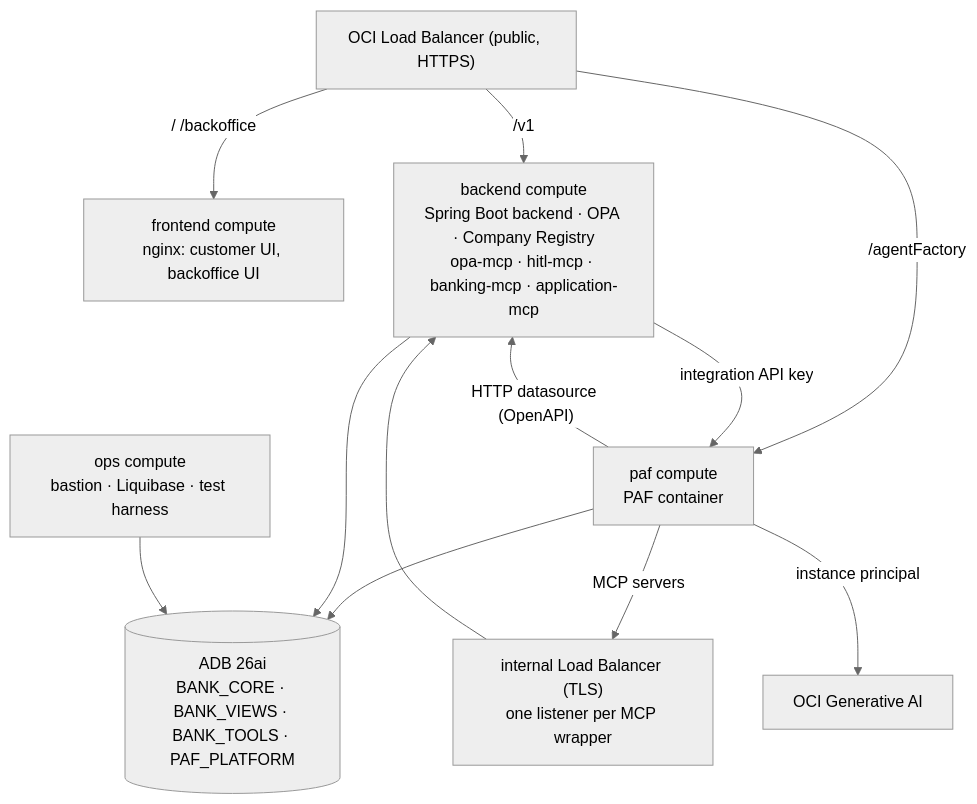
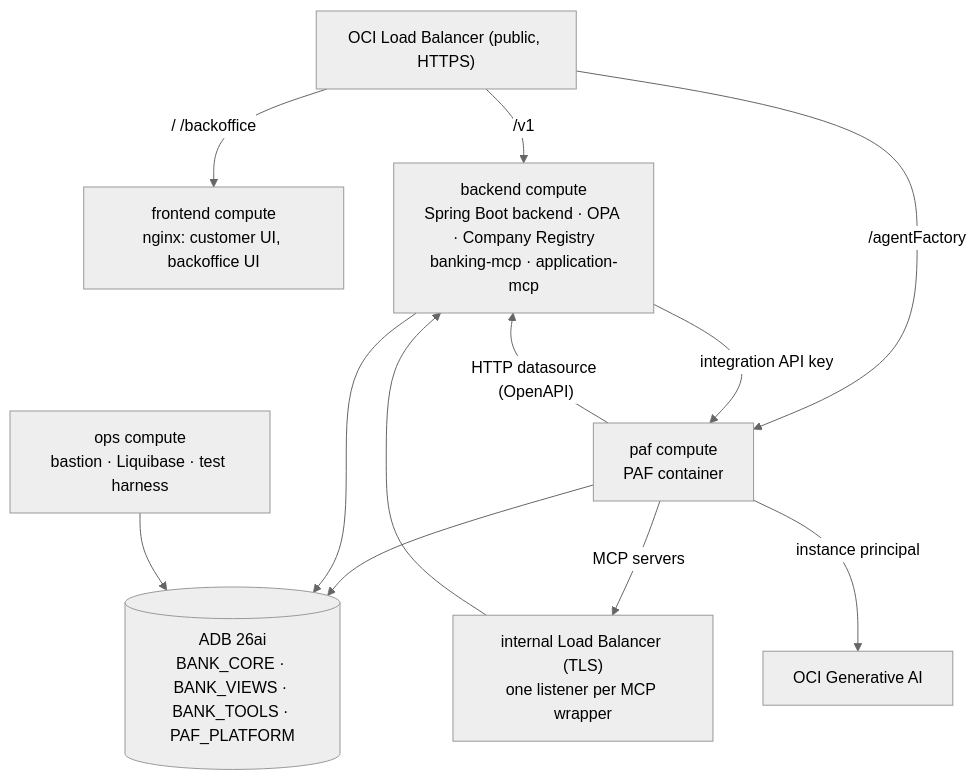
Before and after one commit to vmleon/oracle-database-private-agent-factory-poc: the diagram in docs/DEPLOYMENT.md, drawn with Mermaid (neutral theme). The commit also changed other lines of this file and 21 other files, not shown here.

````diff
--- a/docs/DEPLOYMENT.md
+++ b/docs/DEPLOYMENT.md
@@ -54,22 +54,22 @@
 ```mermaid
 flowchart TB
     lb["OCI Load Balancer (public, HTTPS)"]
     front["frontend compute<br/>nginx: customer UI, backoffice UI"]
-    back["backend compute<br/>Spring Boot backend · OPA · Company Registry<br/>opa-mcp · hitl-mcp · banking-mcp · application-mcp"]
+    back["backend compute<br/>Spring Boot backend · OPA · Company Registry<br/>banking-mcp · application-mcp"]
     ilb["internal Load Balancer (TLS)<br/>one listener per MCP wrapper"]
     paf["paf compute<br/>PAF container"]
     genai["OCI Generative AI"]
     adb[("ADB 26ai<br/>BANK_CORE · BANK_VIEWS · BANK_TOOLS · PAF_PLATFORM")]
     ops["ops compute<br/>bastion · Liquibase · test harness"]
 
     lb -- "/  /backoffice" --> front
     lb -- "/v1" --> back
     lb -- "/agentFactory" --> paf
     back -- "integration API key" --> paf
     paf -- "MCP servers" --> ilb --> back
     paf -- "HTTP datasource (OpenAPI)" --> back
     paf -- "instance principal" --> genai
     paf --> adb
     back --> adb
     ops --> adb
 ```
````
